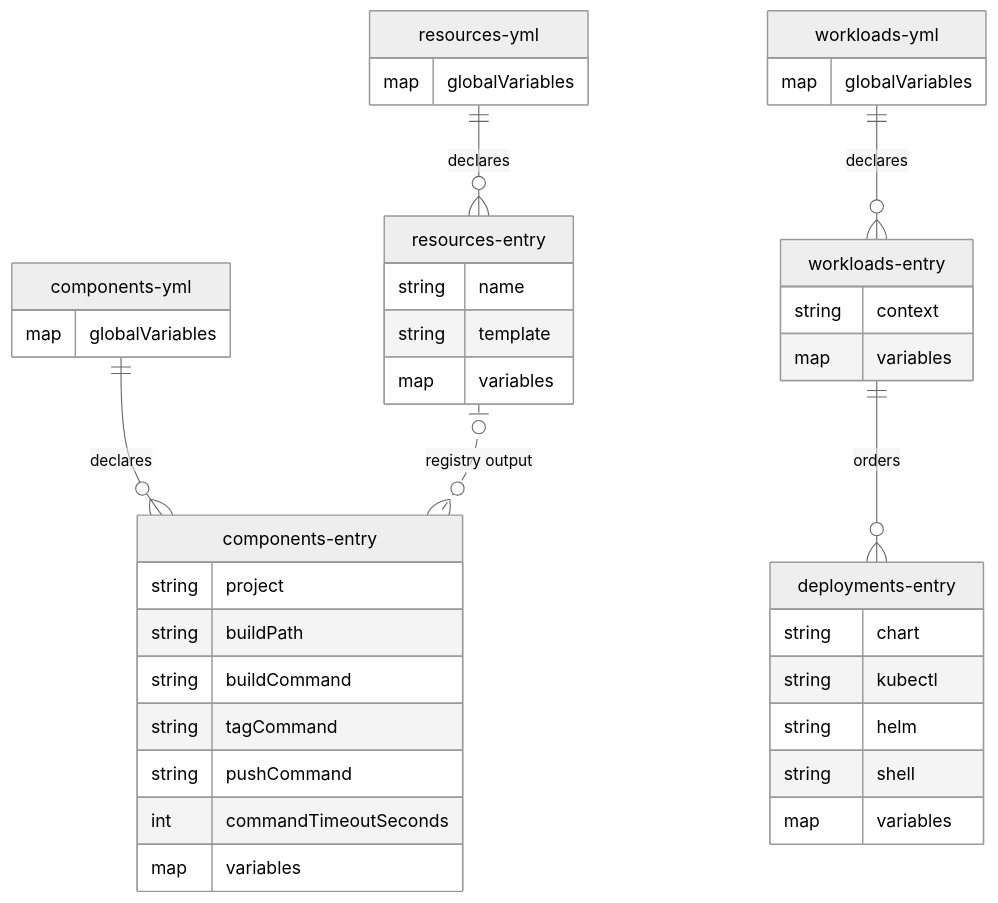
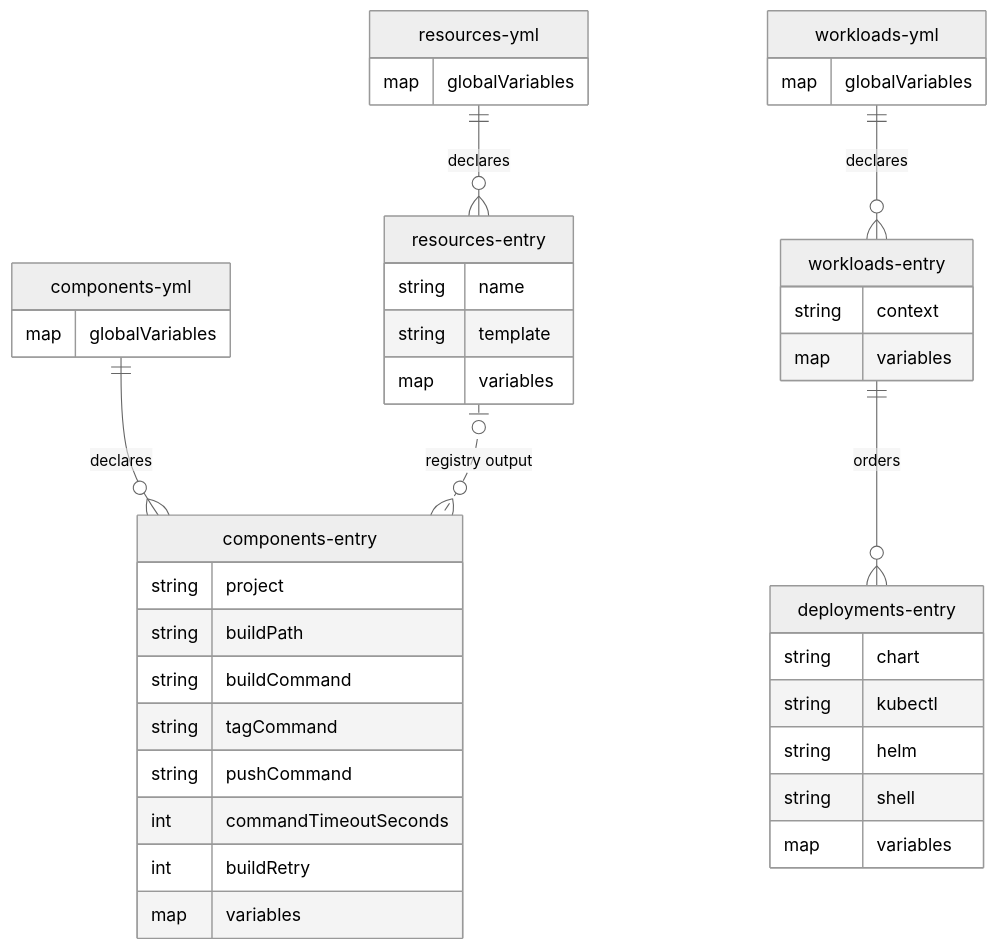
The second of 3 diagrams in docs/design/05-data-model.md (alissonsol/yuruna), drawn with Mermaid (neutral theme) before and after one commit. The commit also changed other lines of this file and 2042 other files, not shown here.

````diff
--- a/docs/design/05-data-model.md
+++ b/docs/design/05-data-model.md
@@ -81,42 +81,43 @@
 ```mermaid
 erDiagram
     resources-yml ||--o{ resources-entry : declares
     components-yml ||--o{ components-entry : declares
     workloads-yml ||--o{ workloads-entry : declares
     workloads-entry ||--o{ deployments-entry : orders
     resources-entry |o..o{ components-entry : "registry output"
     resources-yml {
         map globalVariables
     }
     resources-entry {
         string name
         string template
         map variables
     }
     components-yml {
         map globalVariables
     }
     components-entry {
         string project
         string buildPath
         string buildCommand
         string tagCommand
         string pushCommand
         int commandTimeoutSeconds
+        int buildRetry
         map variables
     }
     workloads-yml {
         map globalVariables
     }
     workloads-entry {
         string context
         map variables
     }
     deployments-entry {
         string chart
         string kubectl
         string helm
         string shell
         map variables
     }
 ```
````
